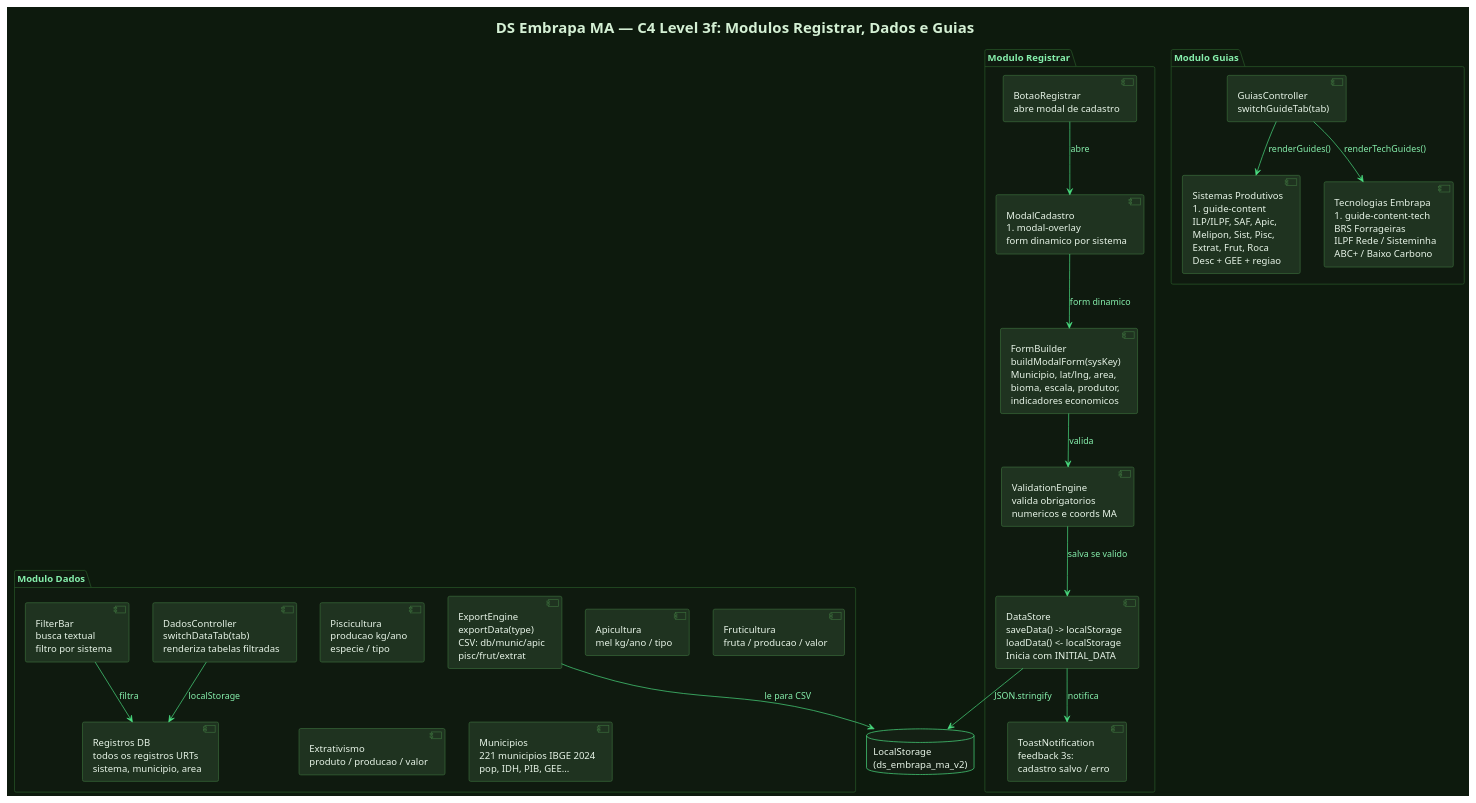
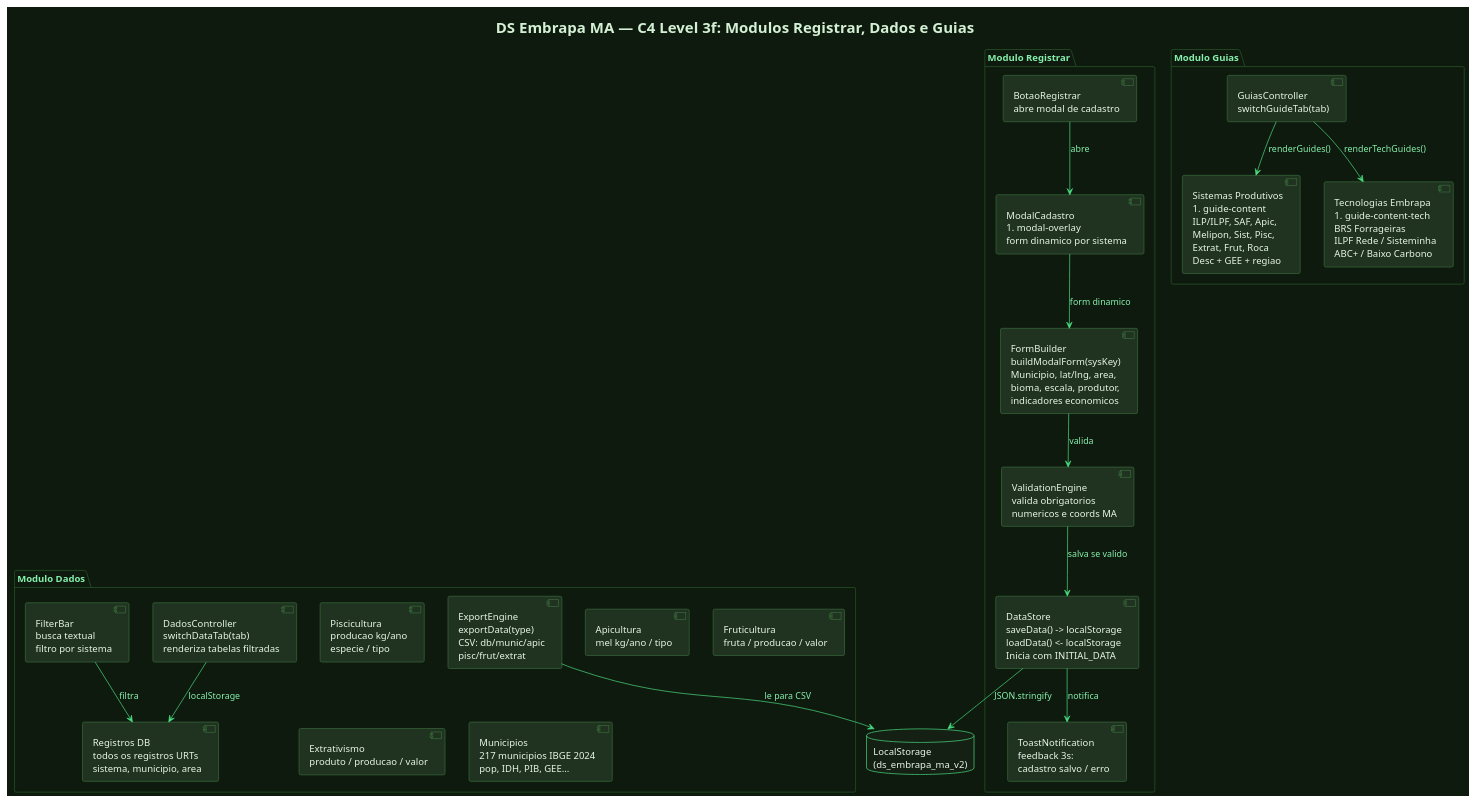
The eighth of 11 diagrams in docs/architecture.puml (aluisiopereirae/ds-embrapa-ma), drawn with PlantUML before and after one commit. The commit also changed other lines of this file and 1 other file, not shown here.

```diff
--- a/docs/architecture.puml
+++ b/docs/architecture.puml
@@ -456,62 +456,62 @@
 @startuml C4_L3f_Registrar_Dados_Guias
 !theme plain
 skinparam defaultFontName Arial
 skinparam backgroundColor #0d1a0d
 skinparam defaultFontColor #d4f0d4
 skinparam arrowColor #4ade80
 skinparam arrowFontColor #86efac
 skinparam componentBackgroundColor #1f3320
 skinparam componentBorderColor #3a6a3a
 skinparam componentFontColor #e8f5e8
 skinparam packageBackgroundColor #0f1a0f
 skinparam packageBorderColor #2a5a2a
 skinparam packageFontColor #86efac
 skinparam databaseBackgroundColor #142014
 skinparam databaseBorderColor #4ade80
 skinparam databaseFontColor #e8f5e8
 
 title "DS Embrapa MA — C4 Level 3f: Modulos Registrar, Dados e Guias"
 
 database "LocalStorage\n(ds_embrapa_ma_v2)" as LS
 
 package "Modulo Registrar" {
   component "BotaoRegistrar\nabre modal de cadastro" as REG_BTN
   component "ModalCadastro\n#modal-overlay\nform dinamico por sistema" as MODAL
   component "FormBuilder\nbuildModalForm(sysKey)\nMunicipio, lat/lng, area,\nbioma, escala, produtor,\nindicadores economicos" as FORM
   component "ValidationEngine\nvalida obrigatorios\nnumericos e coords MA" as VALID
   component "DataStore\nsaveData() -> localStorage\nloadData() <- localStorage\nInicia com INITIAL_DATA" as DSTORE
   component "ToastNotification\nfeedback 3s:\ncadastro salvo / erro" as TOAST
 }
 
 package "Modulo Dados" {
   component "DadosController\nswitchDataTab(tab)\nrenderiza tabelas filtradas" as D_CTRL
   component "FilterBar\nbusca textual\nfiltro por sistema" as FBAR
   component "Registros DB\ntodos os registros URTs\nsistema, municipio, area" as TAB_REG
   component "Piscicultura\nproducao kg/ano\nespecie / tipo" as TAB_PIS
   component "Apicultura\nmel kg/ano / tipo" as TAB_APIC
   component "Fruticultura\nfruta / producao / valor" as TAB_FRUT
   component "Extrativismo\nproduto / producao / valor" as TAB_EXT
-  component "Municipios\n221 municipios IBGE 2024\npop, IDH, PIB, GEE..." as TAB_MUN
+  component "Municipios\n217 municipios IBGE 2024\npop, IDH, PIB, GEE..." as TAB_MUN
   component "ExportEngine\nexportData(type)\nCSV: db/munic/apic\npisc/frut/extrat" as EXP_E
 }
 
 package "Modulo Guias" {
   component "GuiasController\nswitchGuideTab(tab)" as G_CTRL
   component "Sistemas Produtivos\n#guide-content\nILP/ILPF, SAF, Apic,\nMelipon, Sist, Pisc,\nExtrat, Frut, Roca\nDesc + GEE + regiao" as G_SIS
   component "Tecnologias Embrapa\n#guide-content-tech\nBRS Forrageiras\nILPF Rede / Sisteminha\nABC+ / Baixo Carbono" as G_TEC
 }
 
 REG_BTN --> MODAL  : "abre"
 MODAL   --> FORM   : "form dinamico"
 FORM    --> VALID  : "valida"
 VALID   --> DSTORE : "salva se valido"
 DSTORE  --> LS     : "JSON.stringify"
 DSTORE  --> TOAST  : "notifica"
 
 D_CTRL  --> TAB_REG : "localStorage"
 FBAR    --> TAB_REG : "filtra"
 EXP_E   --> LS      : "le para CSV"
 
 G_CTRL  --> G_SIS  : "renderGuides()"
 G_CTRL  --> G_TEC  : "renderTechGuides()"
 @enduml
```
